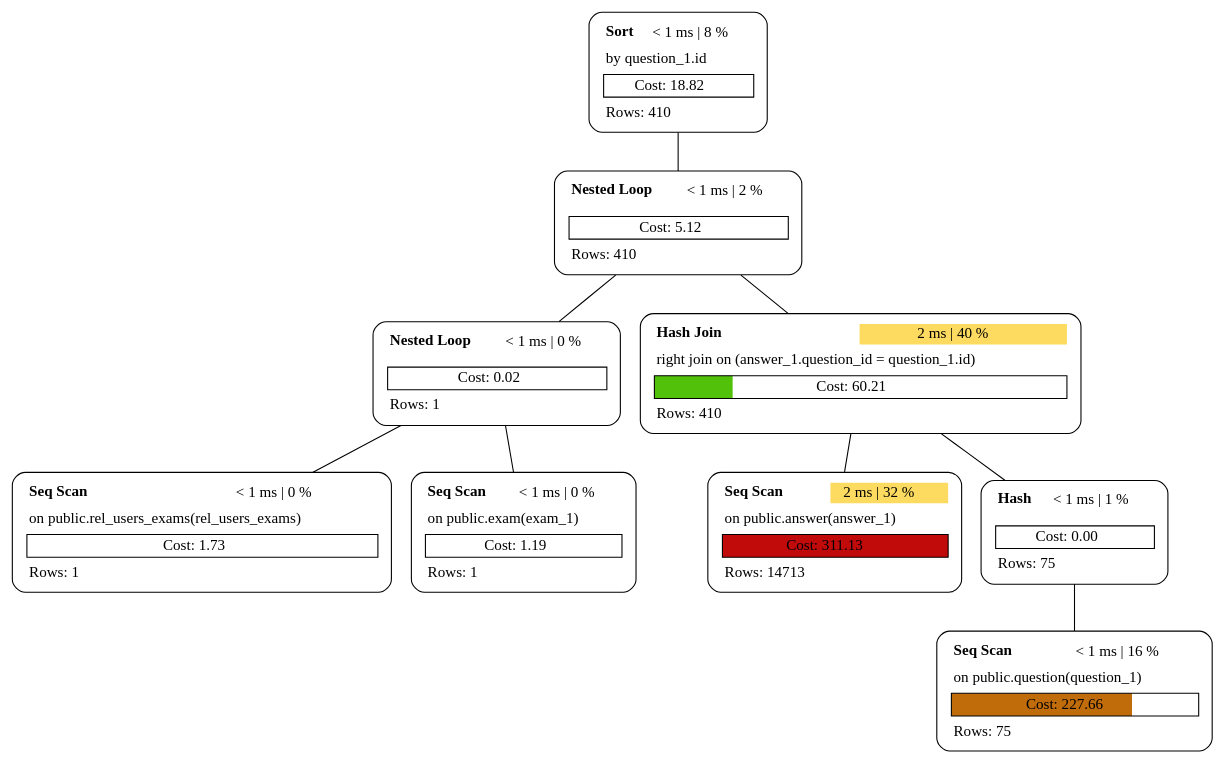
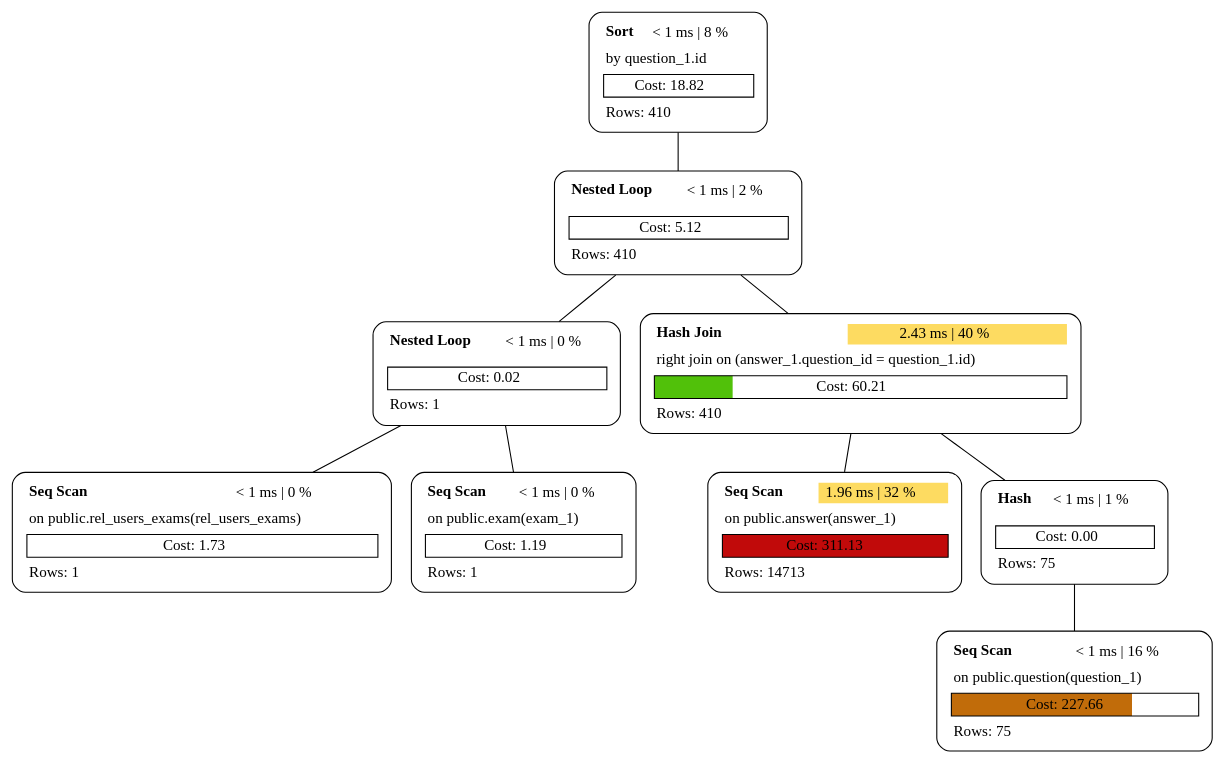
The diagram in examples/plan_2.dot (sanpii/explain), drawn with Graphviz before and after one commit. The commit also changed 10 other files, not shown here.

```diff
--- a/examples/plan_2.dot
+++ b/examples/plan_2.dot
@@ -1,19 +1,19 @@
 graph explain {
     node0[label=<<table border="0" cellborder="0" cellspacing="5"><tr><td align="left"><b>Sort</b></td><td>&lt; 1 ms | 8 %</td></tr><tr><td colspan="2" align="left">by question_1.id</td></tr><tr><td colspan="2" border="1" >Cost: 18.82</td></tr><tr><td colspan="2" align="left">Rows: 410</td></tr></table>>][style="rounded"][shape="box"];
     node1[label=<<table border="0" cellborder="0" cellspacing="5"><tr><td align="left"><b>Nested Loop</b></td><td>&lt; 1 ms | 2 %</td></tr><tr><td colspan="2" align="left"></td></tr><tr><td colspan="2" border="1" >Cost: 5.12</td></tr><tr><td colspan="2" align="left">Rows: 410</td></tr></table>>][style="rounded"][shape="box"];
     node2[label=<<table border="0" cellborder="0" cellspacing="5"><tr><td align="left"><b>Nested Loop</b></td><td>&lt; 1 ms | 0 %</td></tr><tr><td colspan="2" align="left"></td></tr><tr><td colspan="2" border="1" >Cost: 0.02</td></tr><tr><td colspan="2" align="left">Rows: 1</td></tr></table>>][style="rounded"][shape="box"];
     node3[label=<<table border="0" cellborder="0" cellspacing="5"><tr><td align="left"><b>Seq Scan</b></td><td>&lt; 1 ms | 0 %</td></tr><tr><td colspan="2" align="left">on public.rel_users_exams(rel_users_exams)</td></tr><tr><td colspan="2" border="1" >Cost: 1.73</td></tr><tr><td colspan="2" align="left">Rows: 1</td></tr></table>>][style="rounded"][shape="box"];
     node4[label=<<table border="0" cellborder="0" cellspacing="5"><tr><td align="left"><b>Seq Scan</b></td><td>&lt; 1 ms | 0 %</td></tr><tr><td colspan="2" align="left">on public.exam(exam_1)</td></tr><tr><td colspan="2" border="1" >Cost: 1.19</td></tr><tr><td colspan="2" align="left">Rows: 1</td></tr></table>>][style="rounded"][shape="box"];
-    node5[label=<<table border="0" cellborder="0" cellspacing="5"><tr><td align="left"><b>Hash Join</b></td><td bgcolor="#fddb61">2 ms | 40 %</td></tr><tr><td colspan="2" align="left">right join on (answer_1.question_id = question_1.id)</td></tr><tr><td colspan="2" border="1" bgcolor="#51c10a;0.19:white">Cost: 60.21</td></tr><tr><td colspan="2" align="left">Rows: 410</td></tr></table>>][style="rounded"][shape="box"];
-    node6[label=<<table border="0" cellborder="0" cellspacing="5"><tr><td align="left"><b>Seq Scan</b></td><td bgcolor="#fddb61">2 ms | 32 %</td></tr><tr><td colspan="2" align="left">on public.answer(answer_1)</td></tr><tr><td colspan="2" border="1" bgcolor="#c10a0a">Cost: 311.13</td></tr><tr><td colspan="2" align="left">Rows: 14713</td></tr></table>>][style="rounded"][shape="box"];
+    node5[label=<<table border="0" cellborder="0" cellspacing="5"><tr><td align="left"><b>Hash Join</b></td><td bgcolor="#fddb61">2.43 ms | 40 %</td></tr><tr><td colspan="2" align="left">right join on (answer_1.question_id = question_1.id)</td></tr><tr><td colspan="2" border="1" bgcolor="#51c10a;0.19:white">Cost: 60.21</td></tr><tr><td colspan="2" align="left">Rows: 410</td></tr></table>>][style="rounded"][shape="box"];
+    node6[label=<<table border="0" cellborder="0" cellspacing="5"><tr><td align="left"><b>Seq Scan</b></td><td bgcolor="#fddb61">1.96 ms | 32 %</td></tr><tr><td colspan="2" align="left">on public.answer(answer_1)</td></tr><tr><td colspan="2" border="1" bgcolor="#c10a0a">Cost: 311.13</td></tr><tr><td colspan="2" align="left">Rows: 14713</td></tr></table>>][style="rounded"][shape="box"];
     node7[label=<<table border="0" cellborder="0" cellspacing="5"><tr><td align="left"><b>Hash</b></td><td>&lt; 1 ms | 1 %</td></tr><tr><td colspan="2" align="left"></td></tr><tr><td colspan="2" border="1" >Cost: 0.00</td></tr><tr><td colspan="2" align="left">Rows: 75</td></tr></table>>][style="rounded"][shape="box"];
     node8[label=<<table border="0" cellborder="0" cellspacing="5"><tr><td align="left"><b>Seq Scan</b></td><td>&lt; 1 ms | 16 %</td></tr><tr><td colspan="2" align="left">on public.question(question_1)</td></tr><tr><td colspan="2" border="1" bgcolor="#c16c0a;0.73:white">Cost: 227.66</td></tr><tr><td colspan="2" align="left">Rows: 75</td></tr></table>>][style="rounded"][shape="box"];
     node0 -- node1[label=""];
     node1 -- node2[label=""];
     node2 -- node3[label=""];
     node2 -- node4[label=""];
     node1 -- node5[label=""];
     node5 -- node6[label=""];
     node5 -- node7[label=""];
     node7 -- node8[label=""];
 }
```
